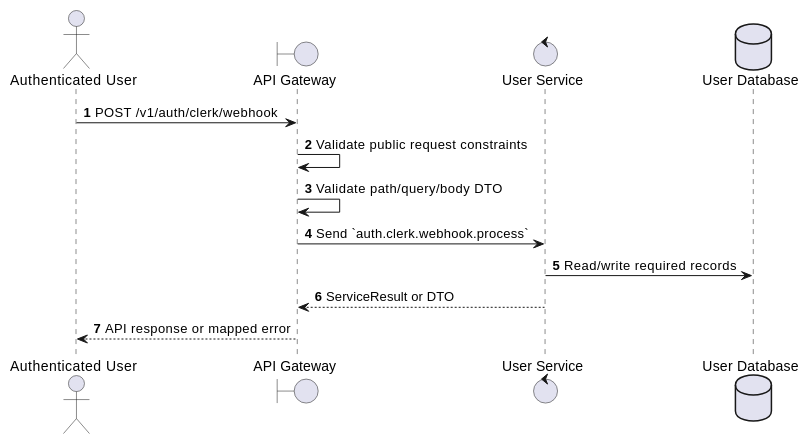
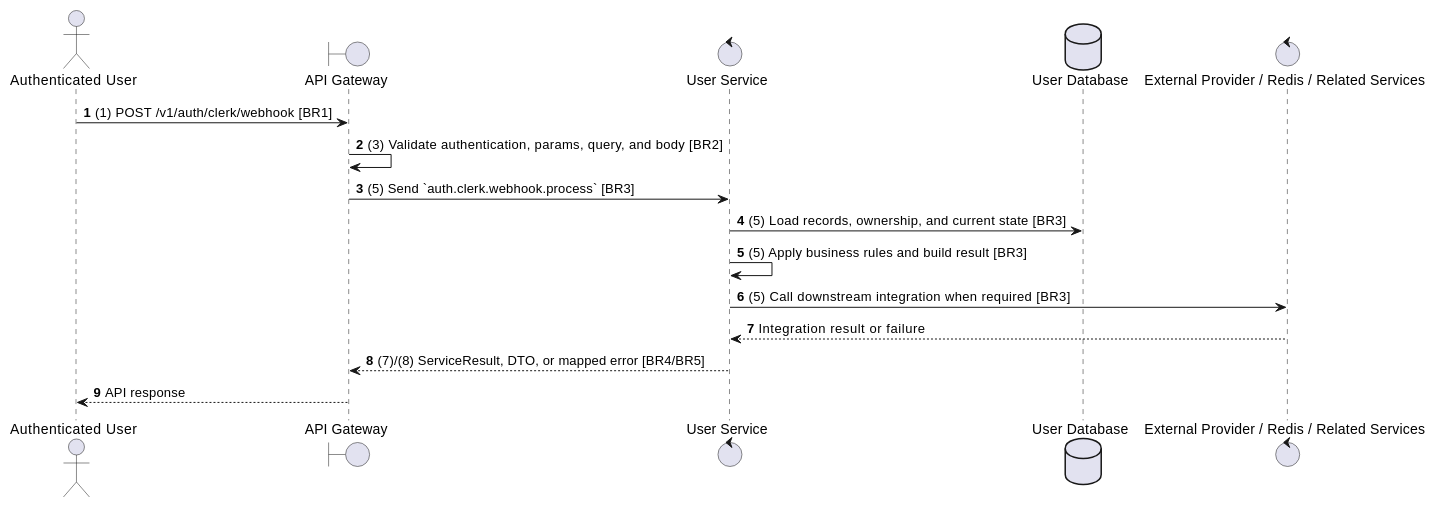
The second of 2 diagrams in docs/functional_specs/3.1_User_Management/UM-01_User_Authentication.md (Tanh1603/movie-hub-architecture), drawn with PlantUML before and after one commit. The commit also changed other lines of this file and 129 other files, not shown here.

````diff
--- a/docs/functional_specs/3.1_User_Management/UM-01_User_Authentication.md
+++ b/docs/functional_specs/3.1_User_Management/UM-01_User_Authentication.md
@@ -17,17 +66,20 @@
 ```plantuml
 @startuml
 autonumber
 actor "Authenticated User" as Actor
 boundary "API Gateway" as GW
 control "User Service" as SVC
 database "User Database" as DB
+control "External Provider / Redis / Related Services" as EXT
 
-Actor -> GW: POST /v1/auth/clerk/webhook
-GW -> GW: Validate public request constraints
-GW -> GW: Validate path/query/body DTO
-GW -> SVC: Send `auth.clerk.webhook.process`
-SVC -> DB: Read/write required records
-SVC --> GW: ServiceResult or DTO
-GW --> Actor: API response or mapped error
+Actor -> GW: (1) POST /v1/auth/clerk/webhook [BR1]
+GW -> GW: (3) Validate authentication, params, query, and body [BR2]
+GW -> SVC: (5) Send `auth.clerk.webhook.process` [BR3]
+SVC -> DB: (5) Load records, ownership, and current state [BR3]
+SVC -> SVC: (5) Apply business rules and build result [BR3]
+SVC -> EXT: (5) Call downstream integration when required [BR3]
+EXT --> SVC: Integration result or failure
+SVC --> GW: (7)/(8) ServiceResult, DTO, or mapped error [BR4/BR5]
+GW --> Actor: API response
 @enduml
 ```
````
